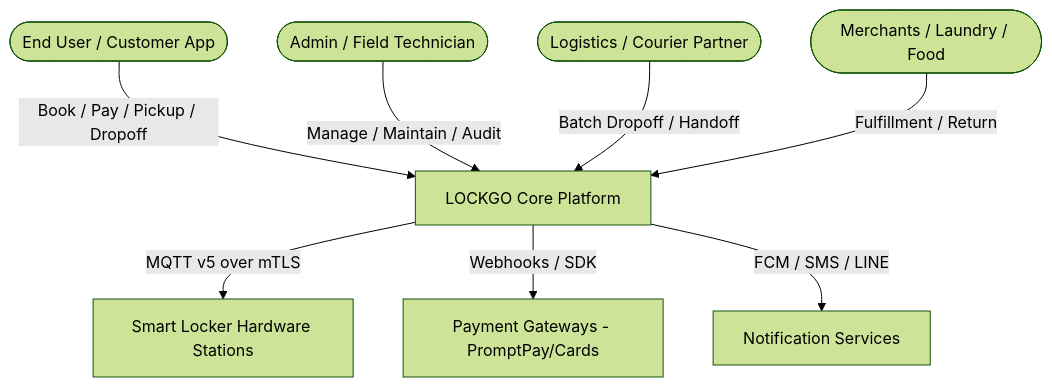
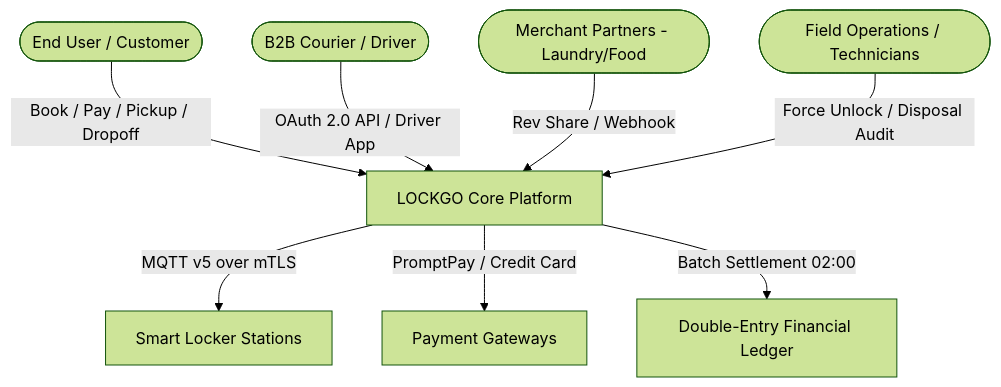
The diagram in docs/01_BUSINESS_AND_REQUIREMENTS.md (napaporn-s/lockgo-platform), drawn with Mermaid (forest theme) before and after one commit. The commit also changed other lines of this file and 15 other files, not shown here.

Commit message:
feat(submission): สรุปส่งมอบงานแพลตฟอร์ม LOCKGO ครบ 12 รายการ พร้อมเอกสาร BA SA PM DEV QA DevOps และคู่มือสัมภาษณ์ 90 นาที

````diff
--- a/docs/01_BUSINESS_AND_REQUIREMENTS.md
+++ b/docs/01_BUSINESS_AND_REQUIREMENTS.md
@@ -14,10 +14,10 @@
 ```mermaid
 graph TD
-    User([End User / Customer App]) -->|Book / Pay / Pickup / Dropoff| Platform[LOCKGO Core Platform]
-    Staff([Admin / Field Technician]) -->|Manage / Maintain / Audit| Platform
-    Courier([Logistics / Courier Partner]) -->|Batch Dropoff / Handoff| Platform
-    Merchant([Merchants / Laundry / Food]) -->|Fulfillment / Return| Platform
-    Platform -->|MQTT v5 over mTLS| EdgeController[Smart Locker Hardware Stations]
-    Platform -->|Webhooks / SDK| PaymentGW[Payment Gateways - PromptPay/Cards]
-    Platform -->|FCM / SMS / LINE| NotificationSvc[Notification Services]
+    User([End User / Customer]) -->|Book / Pay / Pickup / Dropoff| Platform[LOCKGO Core Platform]
+    Courier([B2B Courier / Driver]) -->|OAuth 2.0 API / Driver App| Platform
+    Partner([Merchant Partners - Laundry/Food]) -->|Rev Share / Webhook| Platform
+    Ops([Field Operations / Technicians]) -->|Force Unlock / Disposal Audit| Platform
+    Platform -->|MQTT v5 over mTLS| EdgeController[Smart Locker Stations]
+    Platform -->|PromptPay / Credit Card| PaymentGW[Payment Gateways]
+    Platform -->|Batch Settlement 02:00| FinancialLedger[Double-Entry Financial Ledger]
 ```
````
